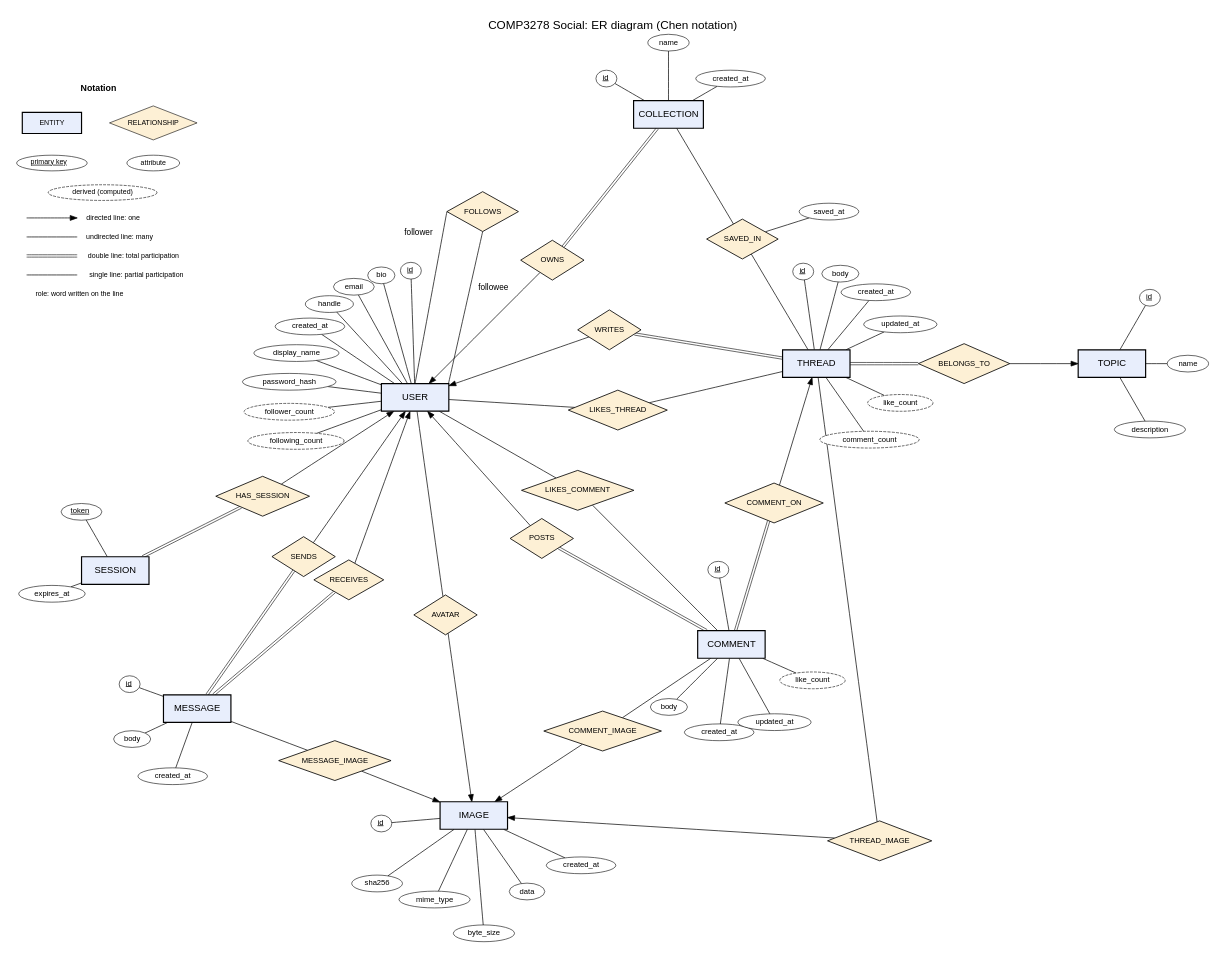
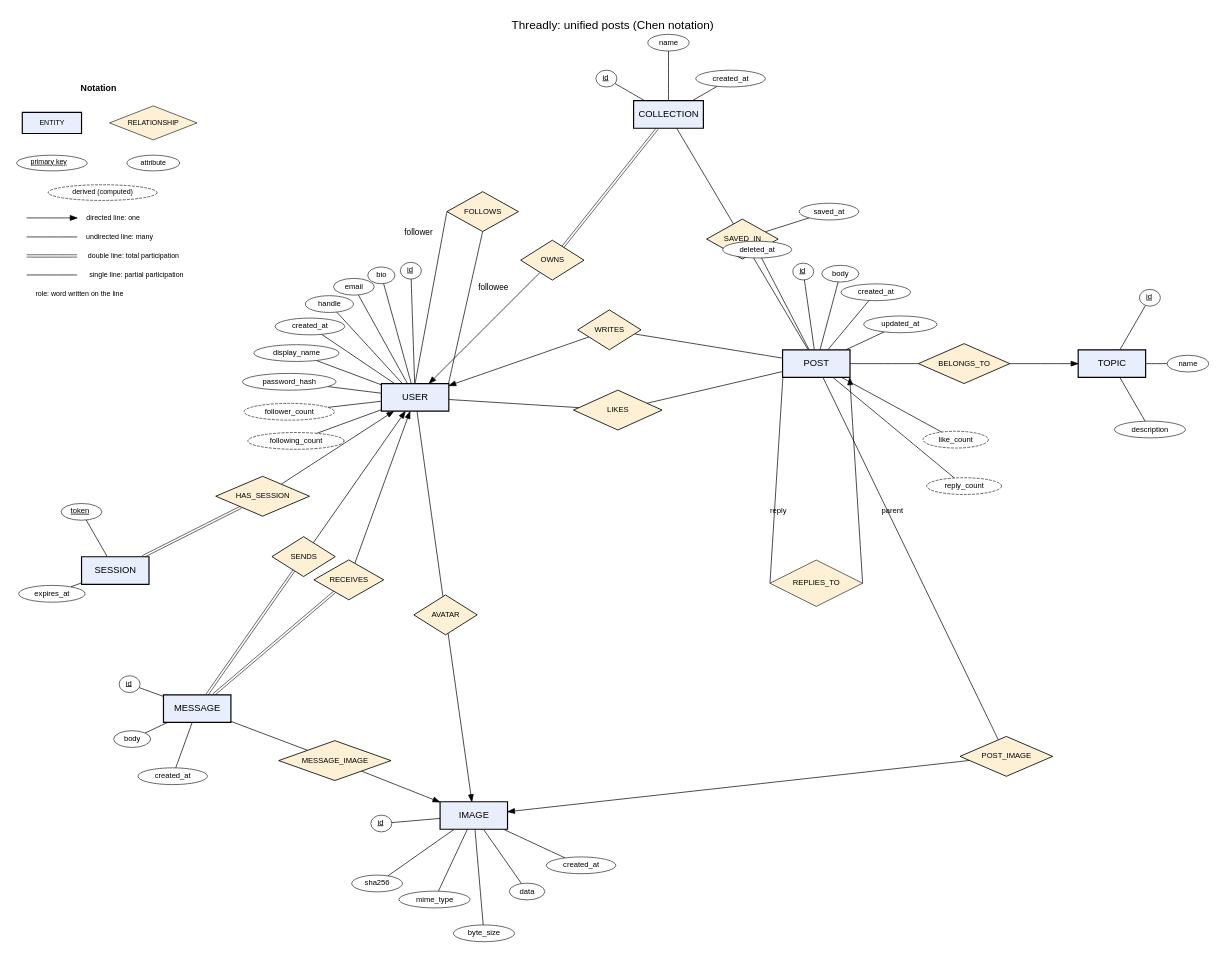
One commit to invalidcode232/comp3278-project changed the diagram in docs/er-diagram.dot. Above: the diagram before and after it, drawn with Graphviz. The commit also changed 57 other files, not shown here.

Commit message:
feat: unify posts and replies with Threads-inspired interface

```diff
--- a/docs/er-diagram.dot
+++ b/docs/er-diagram.dot
@@ -1,176 +1,164 @@
 // Chen-notation ER diagram for the COMP3278 social app.
 //
 // Render to SVG with Graphviz (neato engine, because every node position is pinned):
 //   dot -Kneato -Tsvg docs/er-diagram.dot -o docs/er-diagram.svg
 // or paste this file into https://dreampuf.github.io/GraphvizOnline and pick engine "neato".
 //
 // Notation
 //   rectangle       entity set
 //   diamond         relationship set
 //   ellipse         attribute: underlined = primary key, dashed = derived (computed by a query, not stored)
 //   arrow           mapping cardinality "one": directed line from the relationship to the entity on the one side
 //   plain line      mapping cardinality "many": undirected line (both sides plain = many-to-many)
 //   double line     total participation: every entity on that side must take part (NOT NULL foreign key)
 //   single line     partial participation
 //   role name       written on the line (follower / followee on the recursive FOLLOWS)
 // Foreign-key columns (author_id, topic_id, ...) are not drawn as attributes: in Chen notation the
 // relationship diamonds represent them. Positions are in inches (pos="x,y!" pins a node).
 
 graph ER {
   graph [layout=neato, splines=true, outputorder=edgesfirst, pad=0.3, bgcolor=white,
          fontname="Helvetica", fontsize=20, labelloc=t,
-         label="COMP3278 Social: ER diagram (Chen notation)"];
+         label="Threadly: unified posts (Chen notation)"];
   node  [fontname="Helvetica"];
   edge  [fontname="Helvetica", fontsize=15, penwidth=1.2];
 
   // ---------------------------------------------------------------- entity sets
   node [shape=box, style="filled", fillcolor="#e8eefc", penwidth=2, width=1.6, height=0.65, fontsize=16];
   USER        [pos="0,0!"];
   SESSION     [pos="-7.1,-4.1!"];
   MESSAGE     [pos="-5.16,-7.37!"];
   IMAGE       [pos="1.39,-9.9!"];
-  COMMENT     [pos="7.49,-5.85!"];
-  THREAD      [pos="9.5,0.8!"];
+  POST      [pos="9.5,0.8!"];
   TOPIC       [pos="16.5,0.8!"];
   COLLECTION  [pos="6.0,6.7!"];
 
   // ---------------------------------------------------------------- relationship sets
   node [shape=diamond, style=filled, fillcolor="#fdf0d5", penwidth=1.4, width=1.5, height=0.95, fontsize=13];
   R_HAS       [label="HAS_SESSION", pos="-3.61,-2.34!", width=2.0];
   R_FOLLOWS   [label="FOLLOWS", pos="1.6,4.4!", width=1.7];
   R_OWNS      [label="OWNS", pos="3.25,3.25!"];
   R_SAVED     [label="SAVED_IN", pos="7.75,3.75!", width=1.7];
   R_WRITES    [label="WRITES", pos="4.6,1.6!"];
-  R_LIKES_T   [label="LIKES_THREAD", pos="4.8,-0.3!", width=2.1];
+  R_LIKES_T   [label="LIKES", pos="4.8,-0.3!", width=2.1];
   R_IN        [label="BELONGS_TO", pos="13.0,0.8!", width=1.9];
-  R_ON        [label="COMMENT_ON", pos="8.5,-2.5!", width=1.9];
-  R_LIKES_C   [label="LIKES_COMMENT", pos="3.85,-2.2!", width=2.3];
-  R_POSTS     [label="POSTS", pos="3.0,-3.34!"];
   R_AVATAR    [label="AVATAR", pos="0.72,-5.15!"];
   R_SENDS     [label="SENDS", pos="-2.64,-3.77!"];
   R_RECEIVES  [label="RECEIVES", pos="-1.57,-4.32!", width=1.6];
   R_M_IMG     [label="MESSAGE_IMAGE", pos="-1.9,-8.6!", width=2.3];
-  R_C_IMG     [label="COMMENT_IMAGE", pos="4.44,-7.9!", width=2.3];
-  R_T_IMG     [label="THREAD_IMAGE", pos="11.0,-10.5!", width=2.2];
+  R_T_IMG     [label="POST_IMAGE", pos="14.0,-8.5!", width=2.2];
 
   // ---------------------------------------------------------------- attributes
   node [shape=ellipse, style=filled, fillcolor=white, penwidth=1, width=0, height=0, margin="0.09,0.04", fontsize=13];
   // USER
   u_id         [label=<<u>id</u>>, pos="-0.1,3.0!"];
   u_bio        [label="bio", pos="-0.8,2.89!"];
   u_email      [label="email", pos="-1.45,2.62!"];
   u_handle     [label="handle", pos="-2.03,2.21!"];
   u_created    [label="created_at", pos="-2.49,1.68!"];
   u_name       [label="display_name", pos="-2.81,1.05!"];
   u_pw         [label="password_hash", pos="-2.98,0.37!"];
   u_followers  [label="follower_count", style="filled,dashed", pos="-2.98,-0.34!"];
   u_following  [label="following_count", style="filled,dashed", pos="-2.82,-1.03!"];
   USER -- {u_id u_bio u_email u_handle u_created u_name u_pw u_followers u_following};
   // SESSION
   s_token      [label=<<u>token</u>>, pos="-7.9,-2.71!"];
   s_expires    [label="expires_at", pos="-8.6,-4.65!"];
   SESSION -- {s_token s_expires};
   // MESSAGE
   m_id         [label=<<u>id</u>>, pos="-6.76,-6.79!"];
   m_body       [label="body", pos="-6.7,-8.09!"];
   m_created    [label="created_at", pos="-5.74,-8.97!"];
   MESSAGE -- {m_id m_body m_created};
   // IMAGE
   i_id         [label=<<u>id</u>>, pos="-0.8,-10.09!"];
   i_sha        [label="sha256", pos="-0.9,-11.51!"];
   i_mime       [label="mime_type", pos="0.46,-11.89!"];
   i_size       [label="byte_size", pos="1.63,-12.69!"];
   i_data       [label="data", pos="2.65,-11.7!"];
   i_created    [label="created_at", pos="3.93,-11.08!"];
   IMAGE -- {i_id i_sha i_mime i_size i_data i_created};
-  // COMMENT
-  cm_id        [label=<<u>id</u>>, pos="7.18,-4.08!"];
-  cm_body      [label="body", pos="6.01,-7.33!"];
-  cm_created   [label="created_at", pos="7.2,-7.93!"];
-  cm_updated   [label="updated_at", pos="8.51,-7.69!"];
-  cm_likes     [label="like_count", style="filled,dashed", pos="9.41,-6.7!"];
-  COMMENT -- {cm_id cm_body cm_created cm_updated cm_likes};
-  // THREAD
+  // POST
   t_id         [label=<<u>id</u>>, pos="9.19,2.98!"];
   t_body       [label="body", pos="10.07,2.93!"];
   t_created    [label="created_at", pos="10.91,2.49!"];
   t_updated    [label="updated_at", pos="11.49,1.73!"];
-  t_likes      [label="like_count", style="filled,dashed", pos="11.49,-0.13!"];
-  t_comments   [label="comment_count", style="filled,dashed", pos="10.76,-1.0!"];
-  THREAD -- {t_id t_body t_created t_updated t_likes t_comments};
+  t_likes      [label="like_count", style="filled,dashed", pos="12.8,-1.0!"];
+  t_replies   [label="reply_count", style="filled,dashed", pos="13,-2.1!"];
+  POST -- {t_id t_body t_created t_updated t_likes t_replies};
   // TOPIC
   tp_id        [label=<<u>id</u>>, pos="17.4,2.36!"];
   tp_name      [label="name", pos="18.3,0.8!"];
   tp_desc      [label="description", pos="17.4,-0.76!"];
   TOPIC -- {tp_id tp_name tp_desc};
   // COLLECTION
   c_id         [label=<<u>id</u>>, pos="4.53,7.55!"];
   c_name       [label="name", pos="6.0,8.4!"];
   c_created    [label="created_at", pos="7.47,7.55!"];
   COLLECTION -- {c_id c_name c_created};
   ct_saved     [label="saved_at", pos="9.8,4.4!"];   // attribute of the relationship itself
   R_SAVED -- ct_saved;
 
   // ---------------------------------------------------------------- entity -- relationship lines
   R_HAS          -- USER           [dir=forward, arrowhead=normal, arrowsize=1.2];   // one
   SESSION        -- R_HAS          [dir=none, color="black:invis:black", penwidth=1];   // many
   USER:n         -- R_FOLLOWS:w    [dir=none];   // many
   USER:ne        -- R_FOLLOWS:s    [dir=none];   // many
   R_OWNS         -- USER           [dir=forward, arrowhead=normal, arrowsize=1.2];   // one
   COLLECTION     -- R_OWNS         [dir=none, color="black:invis:black", penwidth=1];   // many
   COLLECTION     -- R_SAVED        [dir=none];   // many
-  THREAD         -- R_SAVED        [dir=none];   // many
+  POST         -- R_SAVED        [dir=none];   // many
   R_WRITES       -- USER           [dir=forward, arrowhead=normal, arrowsize=1.2];   // one
-  THREAD         -- R_WRITES       [dir=none, color="black:invis:black", penwidth=1];   // many
+  POST         -- R_WRITES       [dir=none];   // many
   USER           -- R_LIKES_T      [dir=none];   // many
-  THREAD         -- R_LIKES_T      [dir=none];   // many
+  POST         -- R_LIKES_T      [dir=none];   // many
   R_IN           -- TOPIC          [dir=forward, arrowhead=normal, arrowsize=1.2];   // one
-  THREAD         -- R_IN           [dir=none, color="black:invis:black", penwidth=1];   // many
-  R_ON           -- THREAD         [dir=forward, arrowhead=normal, arrowsize=1.2];   // one
-  COMMENT        -- R_ON           [dir=none, color="black:invis:black", penwidth=1];   // many
-  R_POSTS        -- USER           [dir=forward, arrowhead=normal, arrowsize=1.2];   // one
-  COMMENT        -- R_POSTS        [dir=none, color="black:invis:black", penwidth=1];   // many
-  USER           -- R_LIKES_C      [dir=none];   // many
-  COMMENT        -- R_LIKES_C      [dir=none];   // many
+  POST         -- R_IN           [dir=none];   // many
   R_AVATAR       -- IMAGE          [dir=forward, arrowhead=normal, arrowsize=1.2];   // one
   USER           -- R_AVATAR       [dir=none];   // many
   R_SENDS        -- USER           [dir=forward, arrowhead=normal, arrowsize=1.2];   // one
   MESSAGE        -- R_SENDS        [dir=none, color="black:invis:black", penwidth=1];   // many
   R_RECEIVES     -- USER           [dir=forward, arrowhead=normal, arrowsize=1.2];   // one
   MESSAGE        -- R_RECEIVES     [dir=none, color="black:invis:black", penwidth=1];   // many
   R_M_IMG        -- IMAGE          [dir=forward, arrowhead=normal, arrowsize=1.2];   // one
   MESSAGE        -- R_M_IMG        [dir=none];   // many
-  R_C_IMG        -- IMAGE          [dir=forward, arrowhead=normal, arrowsize=1.2];   // one
-  COMMENT        -- R_C_IMG        [dir=none];   // many
   R_T_IMG        -- IMAGE          [dir=forward, arrowhead=normal, arrowsize=1.2];   // one
-  THREAD         -- R_T_IMG        [dir=none];   // many
+  POST         -- R_T_IMG        [dir=none];   // many
 
   // FOLLOWS is recursive (USER to USER): one line per role, with the role name written on the line.
   role_follower [shape=plaintext, style="", fontsize=14, label="follower", pos="0.08,3.9!"];
   role_followee [shape=plaintext, style="", fontsize=14, label="followee", pos="1.85,2.6!"];
 
   // SENDS and RECEIVES may connect the same user to one message (self-message).
+  // Recursive parent relationship: optional on both roles (roots have no parent).
+  R_REPLY [shape=diamond, style=filled, fillcolor="#fdf0d5", label="REPLIES_TO", pos="9.5,-4.4!", width=2.2, height=1.1];
+  POST:sw -- R_REPLY:w [dir=none];
+  R_REPLY:e -- POST:se [dir=forward, arrowhead=normal, arrowsize=1.2];
+  role_reply [shape=plaintext, style="", label="reply", pos="8.6,-2.7!"];
+  role_parent [shape=plaintext, style="", label="parent", pos="11.3,-2.7!"];
+  t_deleted [shape=ellipse, style=filled, fillcolor=white, label="deleted_at", pos="8.1,3.5!"];
+  POST -- t_deleted;
   // ---------------------------------------------------------------- legend
   node [fontsize=12];
   lg_title [shape=plaintext, style="", label=<<b>Notation</b>>, pos="-7.4,7.3!", fontsize=15];
   lg_e  [shape=box, style=filled, fillcolor="#e8eefc", penwidth=2, label="ENTITY", width=1.4, height=0.5, pos="-8.6,6.5!"];
   lg_r  [shape=diamond, style=filled, fillcolor="#fdf0d5", label="RELATIONSHIP", width=1.9, height=0.8, pos="-6.2,6.5!"];
   lg_k  [shape=ellipse, style=filled, fillcolor=white, label=<<u>primary key</u>>, pos="-8.6,5.55!"];
   lg_a  [shape=ellipse, style=filled, fillcolor=white, label="attribute", pos="-6.2,5.55!"];
   lg_d  [shape=ellipse, style="filled,dashed", fillcolor=white, label="derived (computed)", pos="-7.4,4.85!"];
   node [shape=plaintext, style="", fontsize=12];
   lg_o1 [shape=point, width=0.01, pos="-9.2,4.25!"]; lg_o2 [shape=point, width=0.01, pos="-8.0,4.25!"];
   lg_o  [label="directed line: one", pos="-7.15,4.25!"];
   lg_m1 [shape=point, width=0.01, pos="-9.2,3.8!"];  lg_m2 [shape=point, width=0.01, pos="-8.0,3.8!"];
   lg_m  [label="undirected line: many", pos="-7.0,3.8!"];
   lg_t1 [shape=point, width=0.01, pos="-9.2,3.35!"]; lg_t2 [shape=point, width=0.01, pos="-8.0,3.35!"];
   lg_t  [label="double line: total participation", pos="-6.67,3.35!"];
   lg_p1 [shape=point, width=0.01, pos="-9.2,2.9!"];  lg_p2 [shape=point, width=0.01, pos="-8.0,2.9!"];
   lg_p  [label="single line: partial participation", pos="-6.6,2.9!"];
   lg_ro [label="role: word written on the line", pos="-7.95,2.45!"];
   lg_o1 -- lg_o2 [dir=forward, arrowhead=normal, arrowsize=1.2];
   lg_m1 -- lg_m2 [dir=none];
   lg_t1 -- lg_t2 [dir=none, color="black:invis:black", penwidth=1];
   lg_p1 -- lg_p2 [dir=none];
 
 }
```
